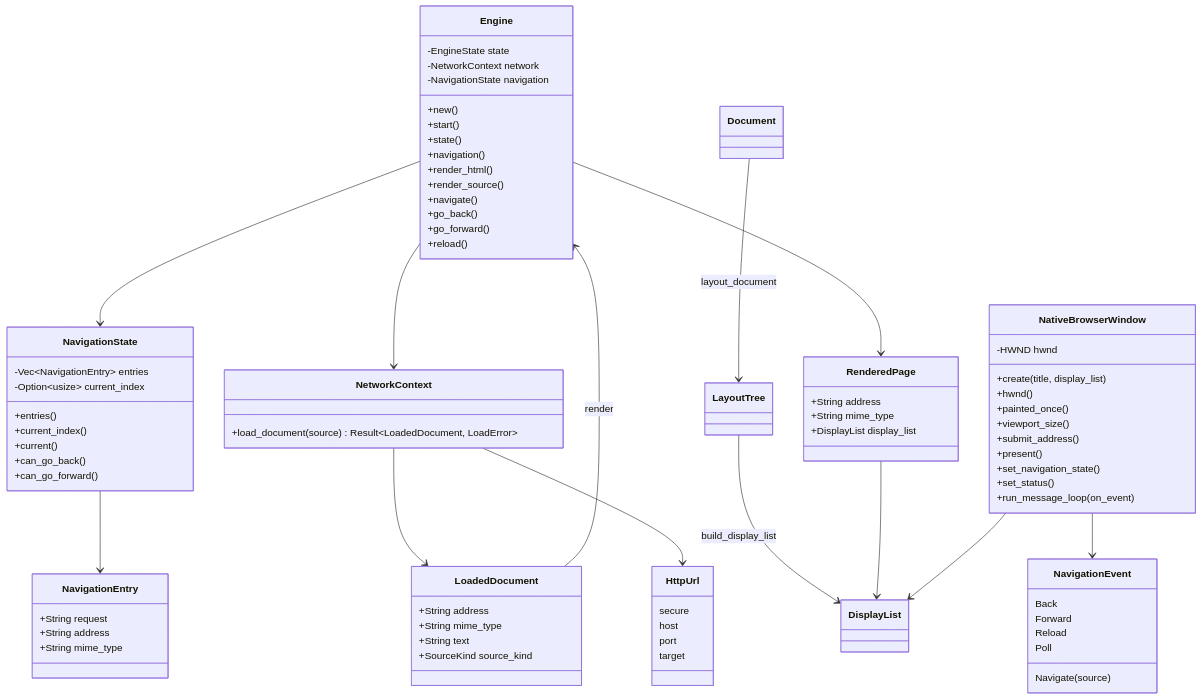
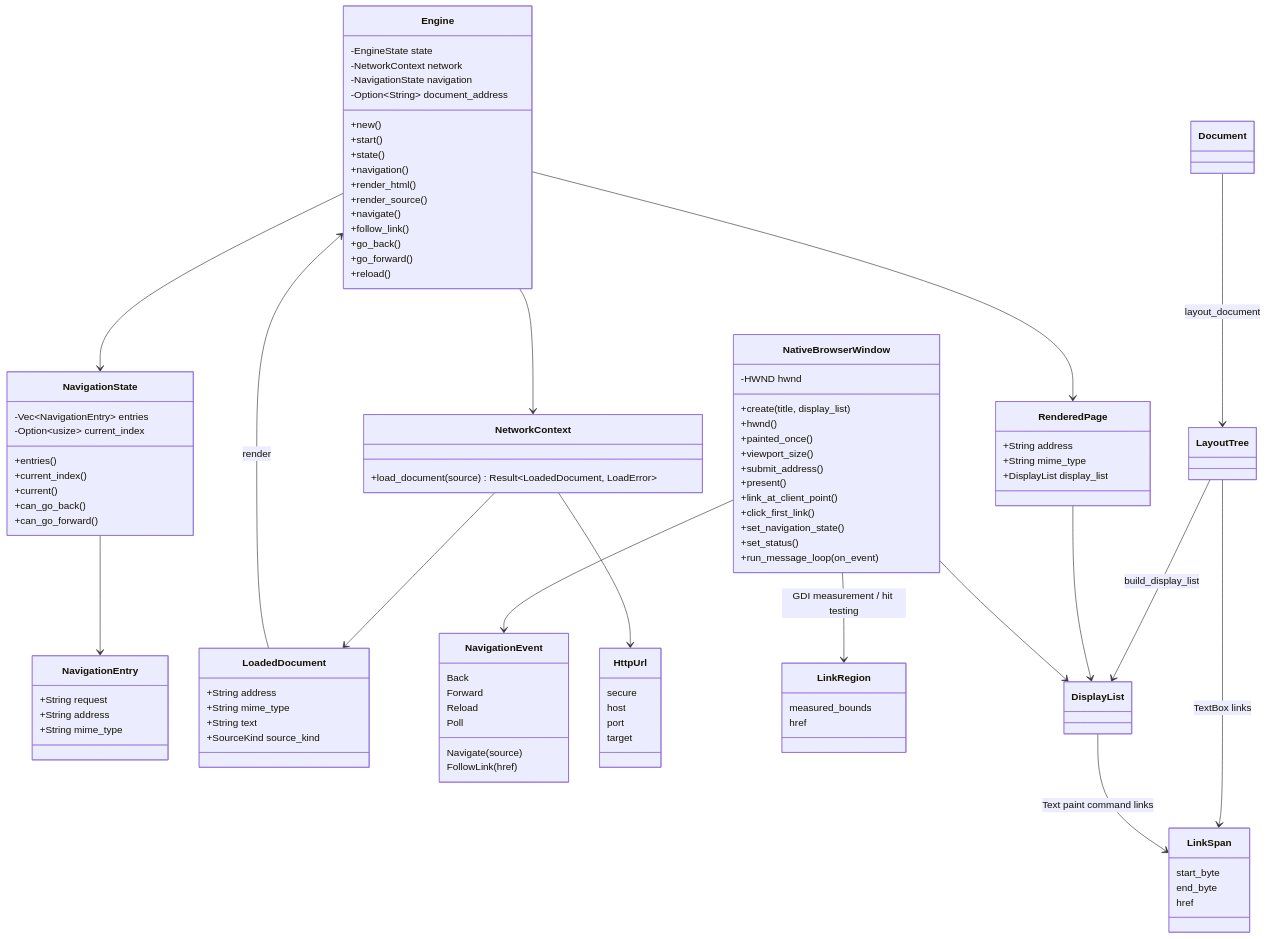
The second of 2 diagrams in docs/CODE_GRAPH.md (Gerbesh/OPBrowser), drawn with Mermaid before and after one commit. The commit also changed other lines of this file and 22 other files, not shown here.

Commit message:
feat: follow clickable page links and resolve relative addresses

```diff
--- a/docs/CODE_GRAPH.md
+++ b/docs/CODE_GRAPH.md
@@ -47,6 +47,7 @@
         -EngineState state
         -NetworkContext network
         -NavigationState navigation
+        -Option~String~ document_address
         +new()
         +start()
         +state()
@@ -54,6 +55,7 @@
         +render_html()
         +render_source()
         +navigate()
+        +follow_link()
         +go_back()
         +go_forward()
         +reload()
@@ -100,6 +102,8 @@
         +viewport_size()
         +submit_address()
         +present()
+        +link_at_client_point()
+        +click_first_link()
         +set_navigation_state()
         +set_status()
         +run_message_loop(on_event)
@@ -107,6 +111,7 @@
 
     class NavigationEvent {
         Navigate(source)
+        FollowLink(href)
         Back
         Forward
         Reload
@@ -122,6 +127,15 @@
 
     class Document
     class LayoutTree
+    class LinkSpan {
+        start_byte
+        end_byte
+        href
+    }
+    class LinkRegion {
+        measured_bounds
+        href
+    }
     class DisplayList
 
     Engine --> NavigationState
@@ -133,6 +147,9 @@
     LoadedDocument --> Engine : render
     Document --> LayoutTree : layout_document
     LayoutTree --> DisplayList : build_display_list
+    LayoutTree --> LinkSpan : TextBox links
+    DisplayList --> LinkSpan : Text paint command links
+    NativeBrowserWindow --> LinkRegion : GDI measurement / hit testing
     RenderedPage --> DisplayList
     NativeBrowserWindow --> DisplayList
     NativeBrowserWindow --> NavigationEvent
```
